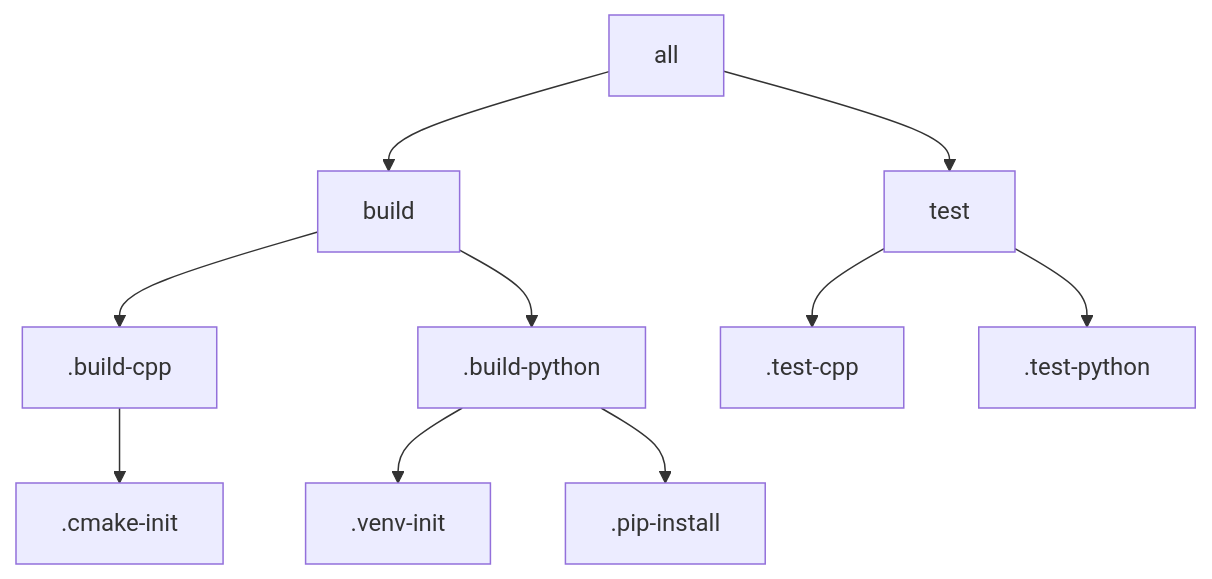
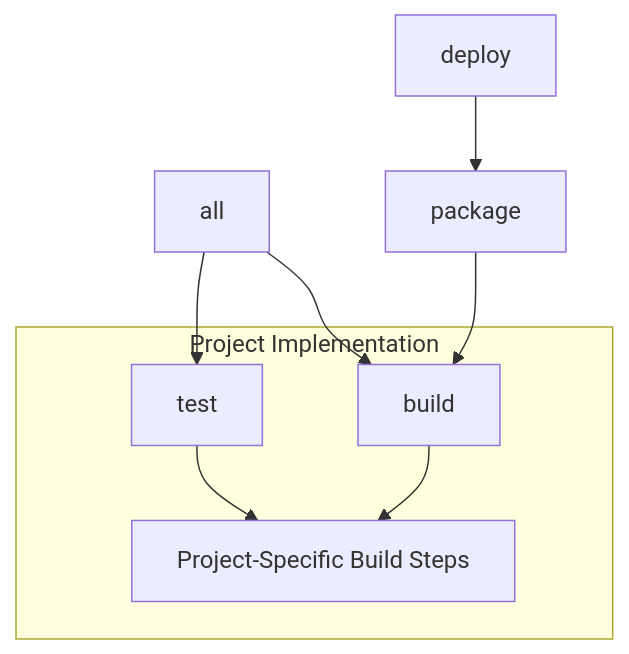
The diagram in docs/build-system/makefile-targets.md (jlheater/test-project-123456), drawn with Mermaid before and after one commit. The commit also changed other lines of this file and 11 other files, not shown here.

Commit message:
Enhance documentation for system requirements and build process, including a structured table of contents and updates to makefile usage for C++ and Python projects.

````diff
--- a/docs/build-system/makefile-targets.md
+++ b/docs/build-system/makefile-targets.md
@@ -125,15 +157,13 @@
 ```mermaid
 flowchart TD
     All[all] --> Build[build]
     All --> Test[test]
     
-    Build --> BuildCPP[.build-cpp]
-    Build --> BuildPy[.build-python]
+    Package[package] --> Build
+    Deploy[deploy] --> Package
     
-    Test --> TestCPP[.test-cpp]
-    Test --> TestPy[.test-python]
-    
-    BuildCPP --> CMake[.cmake-init]
-    BuildPy --> Venv[.venv-init]
-    BuildPy --> Pip[.pip-install]
+    subgraph Implementation["Project Implementation"]
+        Build --> Custom["Project-Specific Build Steps"]
+        Test --> Custom
+    end
 ```
````
